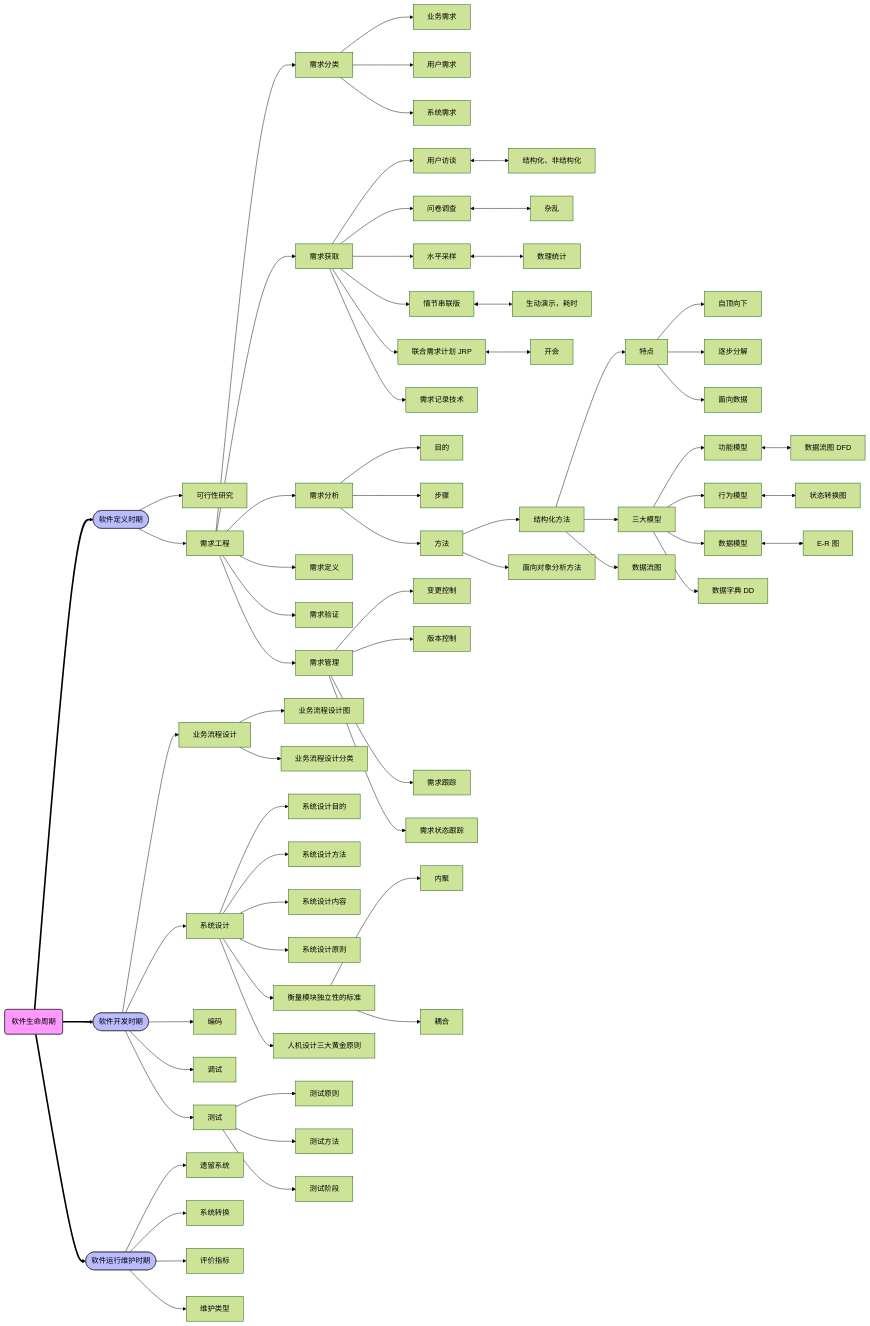
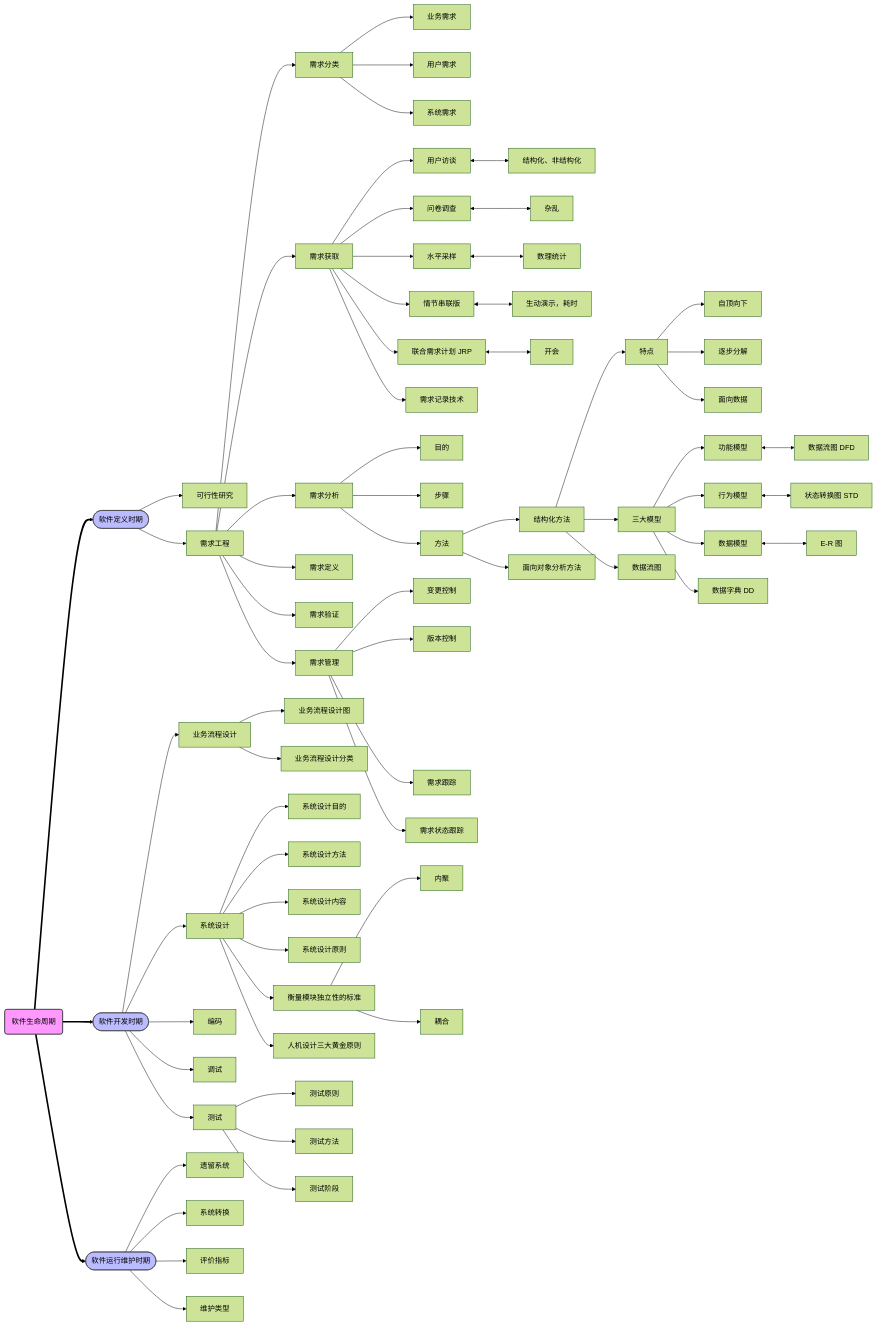
One commit to Rtoax/test-linux changed the third of 7 diagrams in Documentation/ruankao/software-engineering.rst. Above: the diagram before and after it, drawn with Mermaid (forest theme). The commit also changed other lines of this file and 1 other file, not shown here.

```diff
--- a/Documentation/ruankao/software-engineering.rst
+++ b/Documentation/ruankao/software-engineering.rst
@@ -198,7 +199,7 @@
         StructuredMethod1 --> StructuredMethod13[面向数据]
 
         StructuredMethod2 --> StructuredMethod21[功能模型] <--> StructuredMethod21x[数据流图 DFD]
-        StructuredMethod2 --> StructuredMethod22[行为模型] <--> StructuredMethod22x[状态转换图]
+        StructuredMethod2 --> StructuredMethod22[行为模型] <--> StructuredMethod22x[状态转换图 STD]
         StructuredMethod2 --> StructuredMethod23[数据模型] <--> StructuredMethod23x[E-R 图]
         StructuredMethod2 --> StructuredMethod24[数据字典 DD]
 
```
